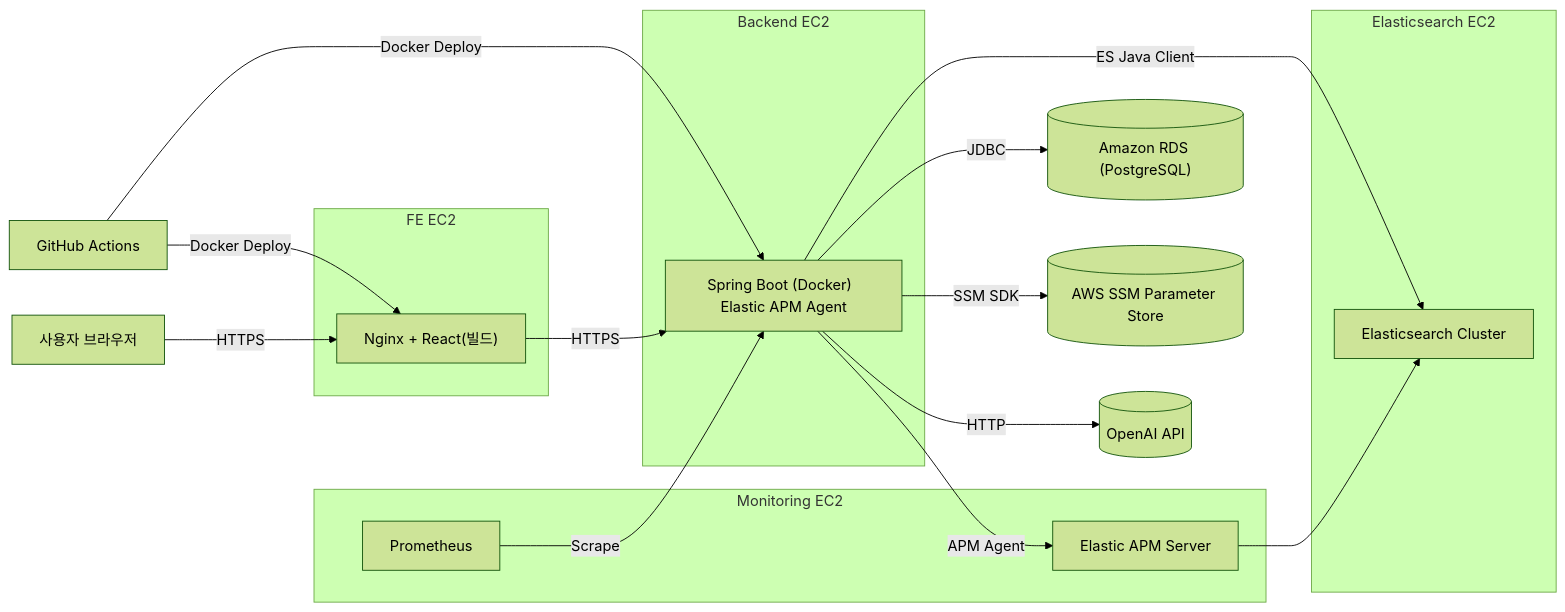
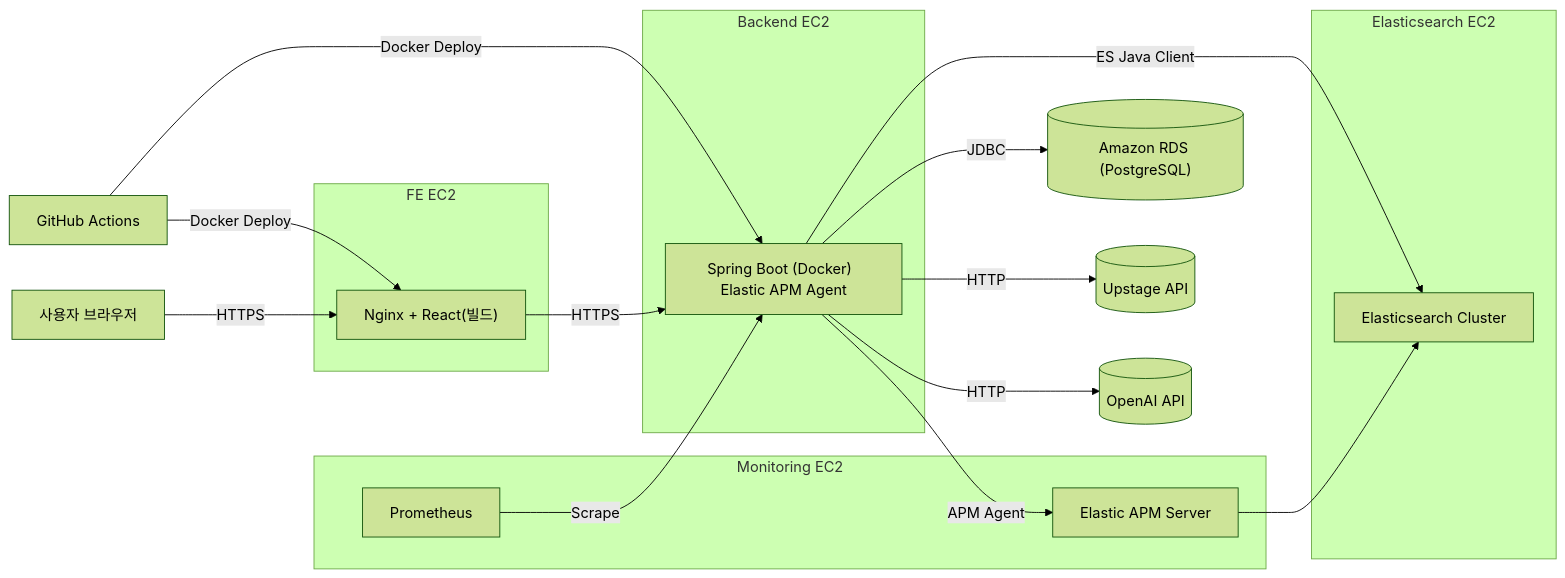
The diagram in README.md (hihisososo/search-admin-be), drawn with Mermaid (forest theme) before and after one commit. The commit also changed 4 other files, not shown here.

````diff
--- a/README.md
+++ b/README.md
@@ -50,41 +50,41 @@
 ```mermaid
 flowchart LR
   client["사용자 브라우저"]
 
   subgraph FE_EC2["FE EC2"]
     fe["Nginx + React(빌드)"]
   end
 
   github["GitHub Actions"]
 
   subgraph BE_EC2["Backend EC2"]
     be["Spring Boot (Docker)  Elastic APM Agent"]
   end
 
   subgraph ES_EC2["Elasticsearch EC2"]
     es["Elasticsearch Cluster"]
   end
 
   subgraph MON_EC2["Monitoring EC2"]
     prom["Prometheus"]
     apm["Elastic APM Server"]
   end
 
   rds[("Amazon RDS (PostgreSQL)")]
-  ssm[("AWS SSM Parameter Store")]
+  upstage[("Upstage API")]
   openai[("OpenAI API")]
 
   github -->|Docker Deploy| be
   github -->|Docker Deploy| fe
   client -->|HTTPS| fe
   fe -->|HTTPS| be
 
   be -->|JDBC| rds
   be -->|ES Java Client| es
   be -->|HTTP| openai
-  be -->|SSM SDK| ssm
+  be -->|HTTP| upstage
 
   prom -->|Scrape| be
   be -->|APM Agent| apm
   apm --> es
 ```
````
